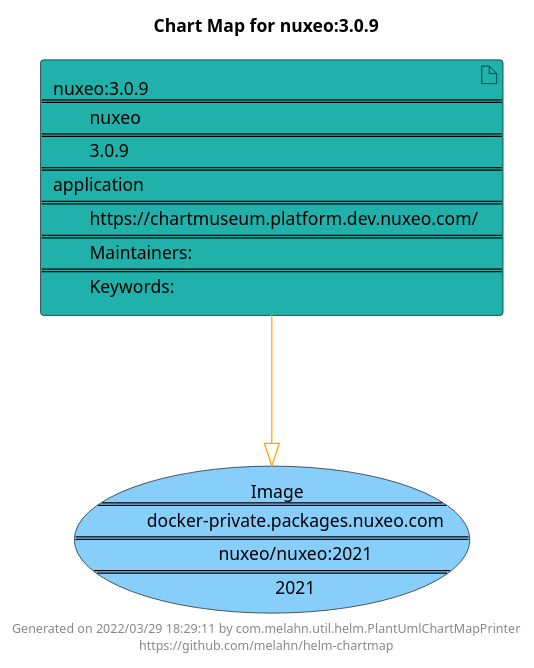
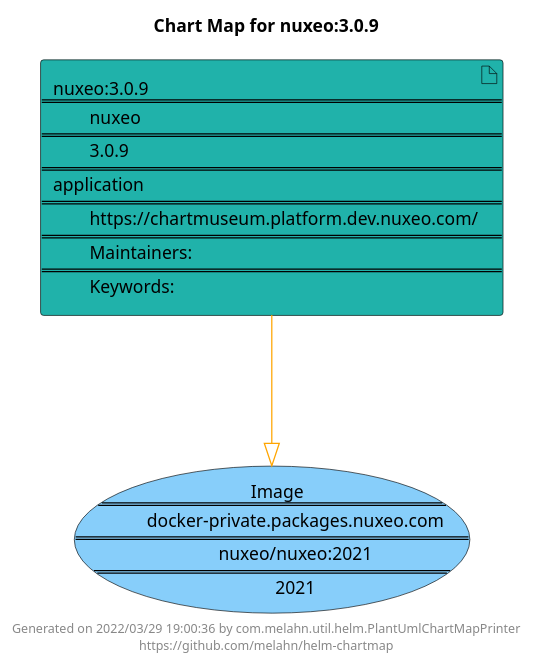
One commit to melahn/helm-chartmap changed the diagram in docs/nuxeo/nuxeo-3.0.9.puml. Above: the diagram before and after it, drawn with PlantUML. The commit also changed 51 other files, not shown here.

Commit message:
Update Example Chart Maps as part of GitHub build

```diff
--- a/docs/nuxeo/nuxeo-3.0.9.puml
+++ b/docs/nuxeo/nuxeo-3.0.9.puml
@@ -1,21 +1,21 @@
 @startuml
 skinparam linetype ortho
 skinparam backgroundColor white
 skinparam usecaseBorderColor black
 skinparam usecaseArrowColor LightSlateGray
 skinparam artifactBorderColor black
 skinparam artifactArrowColor LightSlateGray
 
 title Chart Map for nuxeo:3.0.9
 
 'There is one referenced Helm Chart
 artifact "nuxeo:3.0.9\n====\n\tnuxeo\n====\n\t3.0.9\n====\napplication\n====\n\thttps://chartmuseum.platform.dev.nuxeo.com/\n====\n\tMaintainers: \n====\n\tKeywords: " as nuxeo_3_0_9 #LightSeaGreen
 
 'There is one referenced Docker Image
 usecase "Image\n====\n\tdocker-private.packages.nuxeo.com\n====\n\tnuxeo/nuxeo:2021\n====\n\t2021" as docker_private_packages_nuxeo_com_nuxeo_nuxeo_2021 #LightSkyBlue
 
 'Chart Dependencies
 nuxeo_3_0_9--[#orange]-|>docker_private_packages_nuxeo_com_nuxeo_nuxeo_2021
 
-center footer Generated on 2022/03/29 18:29:11 by com.melahn.util.helm.PlantUmlChartMapPrinter\nhttps://github.com/melahn/helm-chartmap
+center footer Generated on 2022/03/29 19:00:36 by com.melahn.util.helm.PlantUmlChartMapPrinter\nhttps://github.com/melahn/helm-chartmap
 @enduml
```
